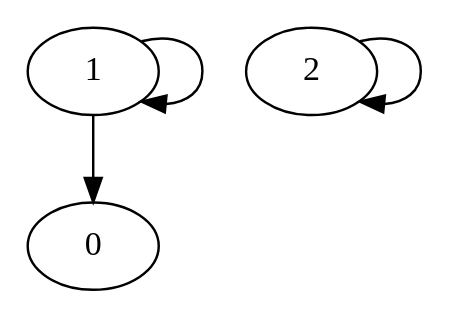
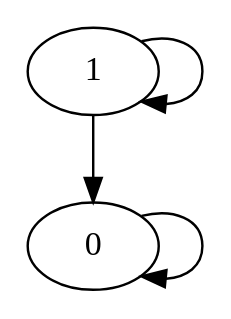
One commit to VictorRodriguez/Computational-Methods changed the diagram in labs/01/graph.gv. Above: the diagram before and after it, drawn with Graphviz. The commit also changed 1 other file, not shown here.

```diff
--- a/labs/01/graph.gv
+++ b/labs/01/graph.gv
@@ -1,6 +1,6 @@
 // graph.log
 digraph G {
 	1 -> 0
 	1 -> 1
-	2 -> 2
+	0 -> 0
 }
```
